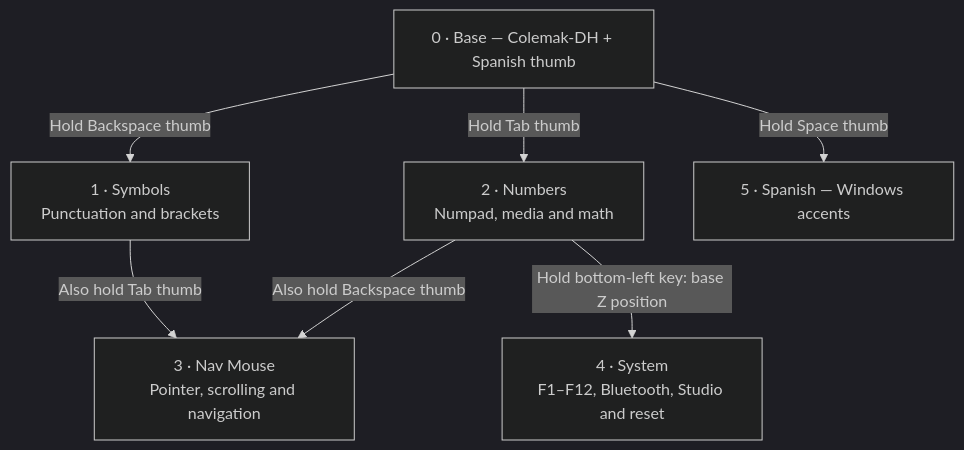
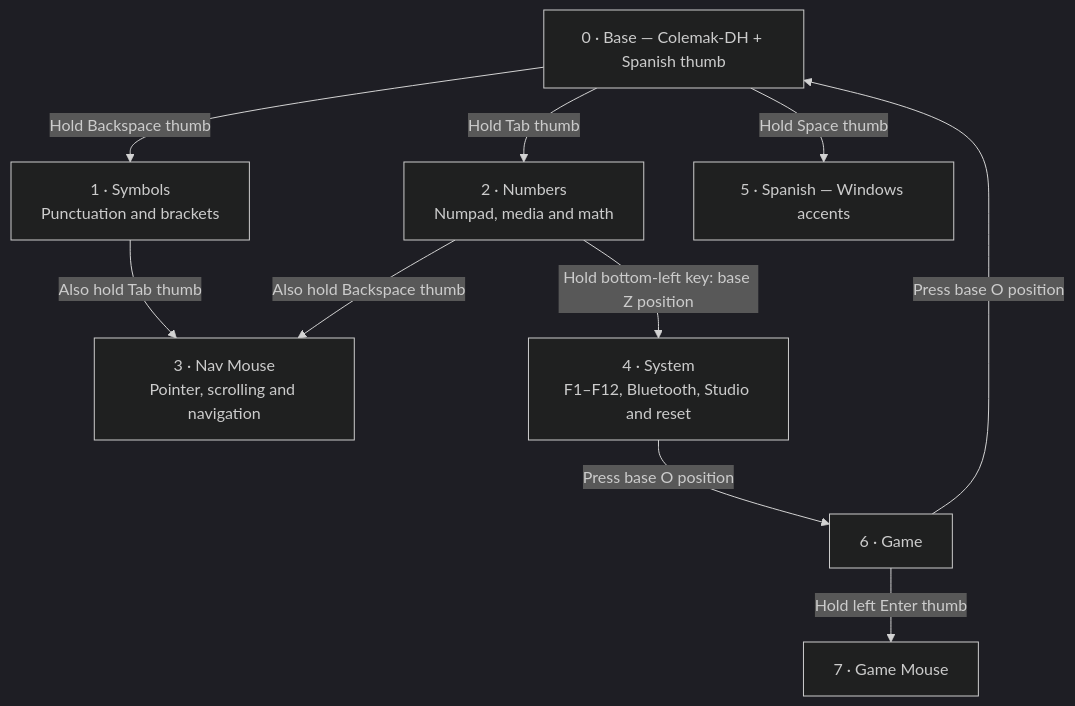
Before and after one commit to monkho/sweep-zmk: the diagram in docs/keymap-layers.md, drawn with Mermaid (dark theme). The commit also changed other lines of this file and 1 other file, not shown here.

Commit message:
Add one-handed gaming and mouse layers

````diff
--- a/docs/keymap-layers.md
+++ b/docs/keymap-layers.md
@@ -8,14 +8,17 @@
 ```mermaid
 flowchart TD
     B["0 · Base — Colemak-DH + Spanish thumb"]
     S["1 · Symbols<br/>Punctuation and brackets"]
     N["2 · Numbers<br/>Numpad, media and math"]
     V["3 · Nav Mouse<br/>Pointer, scrolling and navigation"]
     Y["4 · System<br/>F1–F12, Bluetooth, Studio and reset"]
     B -->|"Hold Backspace thumb"| S
     B -->|"Hold Tab thumb"| N
     S -->|"Also hold Tab thumb"| V
     N -->|"Also hold Backspace thumb"| V
     N -->|"Hold bottom-left key: base Z position"| Y
     B -->|"Hold Space thumb"| ES["5 · Spanish — Windows accents"]
+    Y -->|"Press base O position"| G["6 · Game"]
+    G -->|"Hold left Enter thumb"| GM["7 · Game Mouse"]
+    G -->|"Press base O position"| B
 ```
````
